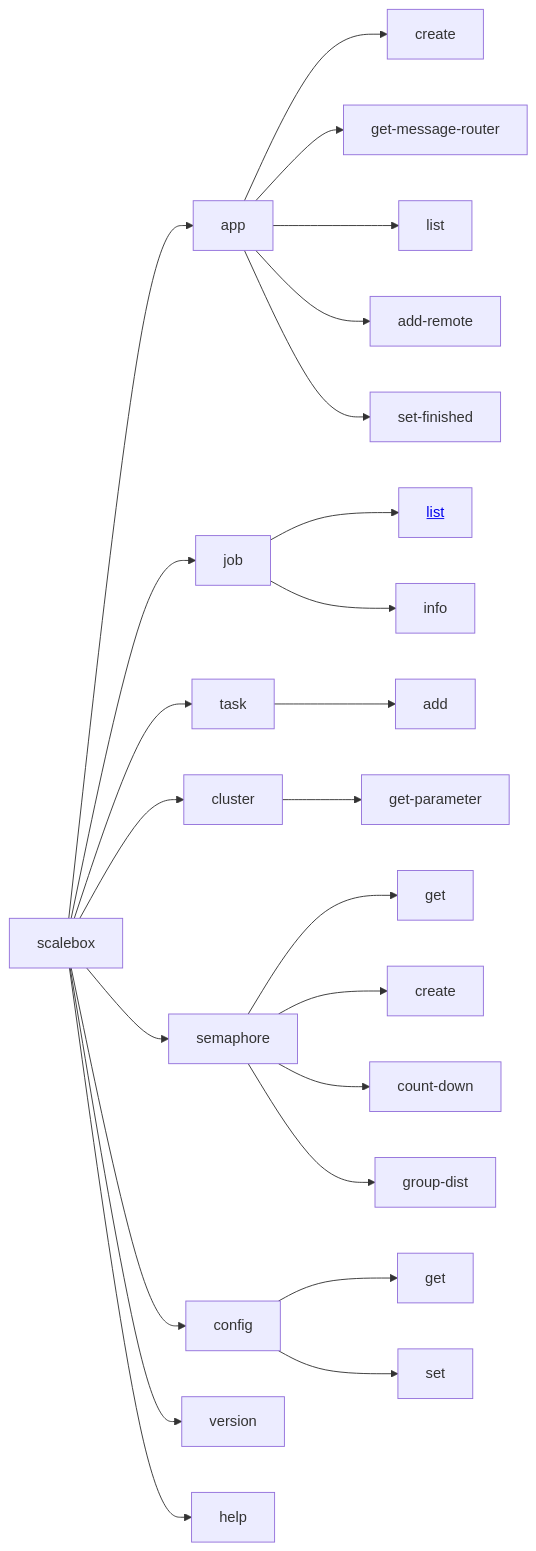
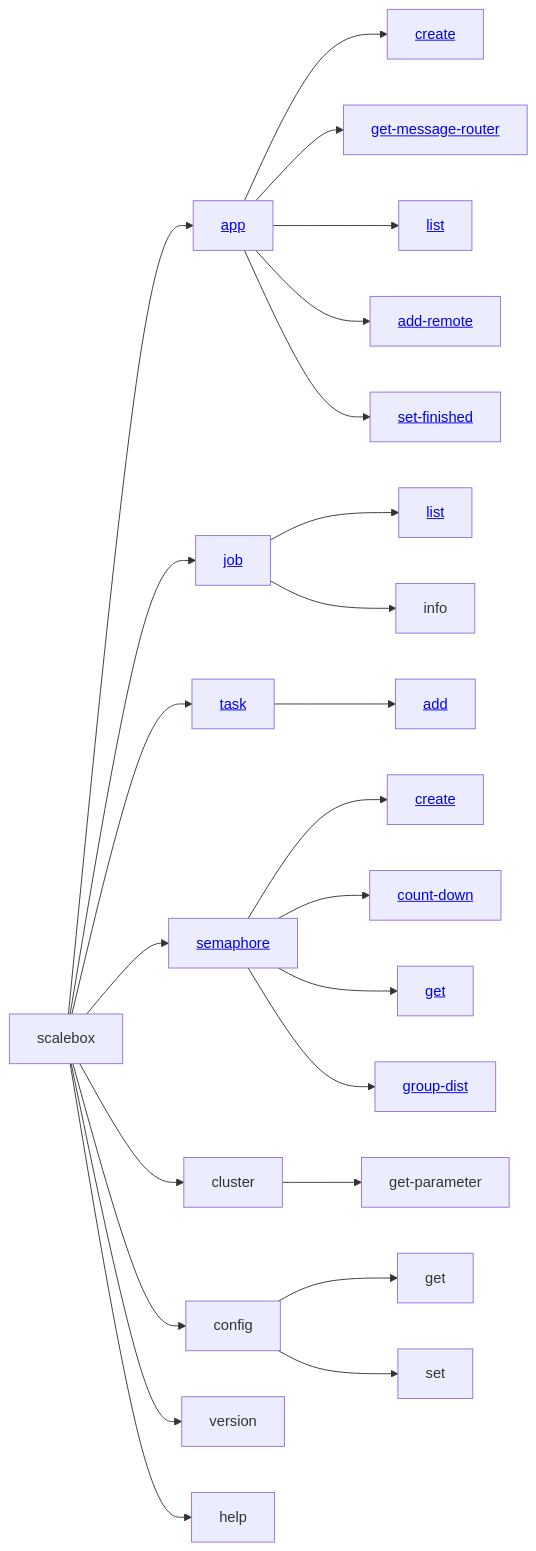
The diagram in docs/zh_CN/source/appendix/cmdline.md (kaichao/scalebox), drawn with Mermaid before and after one commit. The commit also changed other lines of this file, not shown here.

Commit message:
update docs for cmdline.

````diff
--- a/docs/zh_CN/source/appendix/cmdline.md
+++ b/docs/zh_CN/source/appendix/cmdline.md
@@ -14,27 +14,35 @@
 ```{mermaid}
+
 graph LR
-  scalebox --> app
-  app --> create
-  app --> get-message-router
-  app --> list
-  app --> add-remote
-  app --> set-finished
-  scalebox --> job
-  job --> job-list[<a href="cmdline.html#id5">list</a>]
+  scalebox --> app[<a href="#app">app</a>]
+  app --> app-create[<a href="#app-create">create</a>]
+  app --> get-message-router[<a href="#app-get-message-router">get-message-router</a>]
+  app --> app-list[<a href="#app-list">list</a>]
+  app --> app-add-remote[<a href="#app-add-remote">add-remote</a>]
+  app --> app-set-finished[<a href="#app-set-finished">set-finished</a>]
+
+  scalebox --> job[<a href="#job">job</a>]
+  job --> job-list[<a href="#job-list">list</a>]
   job --> job-info[info]
-  scalebox --> task
-  task --> task-add[add]
+
+  scalebox --> task[<a href="#task">task</a>]
+  task --> task-add[<a href="#task-add">add</a>]
+
+  scalebox --> semaphore[<a href="#semaphore">semaphore</a>]
+  semaphore --> sema-create[<a href="#semaphore-create">create</a>]
+  semaphore --> count-down[<a href="#semaphore-count-down">count-down</a>]
+  semaphore --> semaphore-get[<a href="#semaphore-get">get</a>]
+  semaphore --> semaphore-group-dist[<a href="#semaphore-group-dist">group-dist</a>]
+
   scalebox --> cluster
   cluster --> get-parameter
-  scalebox --> semaphore
-  semaphore --> sema-get[get]
-  semaphore --> sema-create[create]
-  semaphore --> count-down
-  semaphore --> group-dist
+
   scalebox --> config
   config --> config-get[get]
   config --> config-set[set]  
+
   scalebox --> version
+
   scalebox --> help
 
 ```
````
